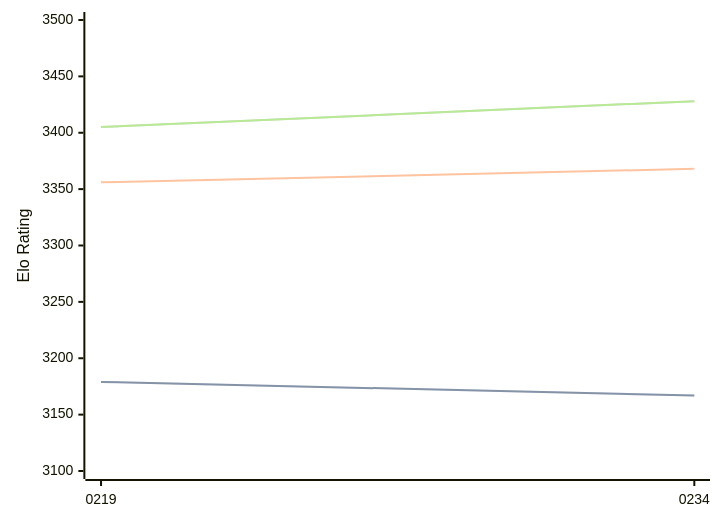
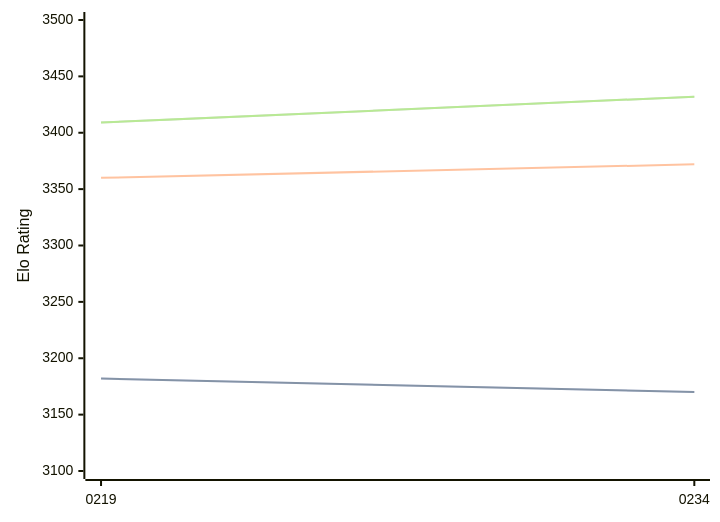
The diagram in engines/Ynode.md (computer-chess-index/cci), drawn with Mermaid before and after one commit. The commit also changed other lines of this file, not shown here.

Commit message:
Update CCI Ratings (ELO VLTC) - 2026-04-30

````diff
--- a/engines/Ynode.md
+++ b/engines/Ynode.md
@@ -39,11 +39,11 @@
 ```mermaid
 %%{init: {"theme":"base","themeVariables":{"seriesColors:['#a3a3a3','#222221','#faa371']}}}%%
 xychart-beta
   x-axis ["0219", "0234"]
   y-axis "Elo Rating" 3100 --> 3500
-  line "STC (8.0+0.08s)" [3179, 3167]
-  line "STC (8.0+0.08s)" [3179, 3167]
-  line "LTC (60.0+0.60s)" [3356, 3368]
-  line "VLTC (2m24s+1.12s)" [3405, 3428]
-  line "VLTC (2m24s+1.12s)" [3405, 3428]
+  line "STC (8.0+0.08s)" [3182, 3170]
+  line "STC (8.0+0.08s)" [3182, 3170]
+  line "LTC (60.0+0.60s)" [3360, 3372]
+  line "VLTC (2m24s+1.12s)" [3409, 3432]
+  line "VLTC (2m24s+1.12s)" [3409, 3432]
 ```
````
